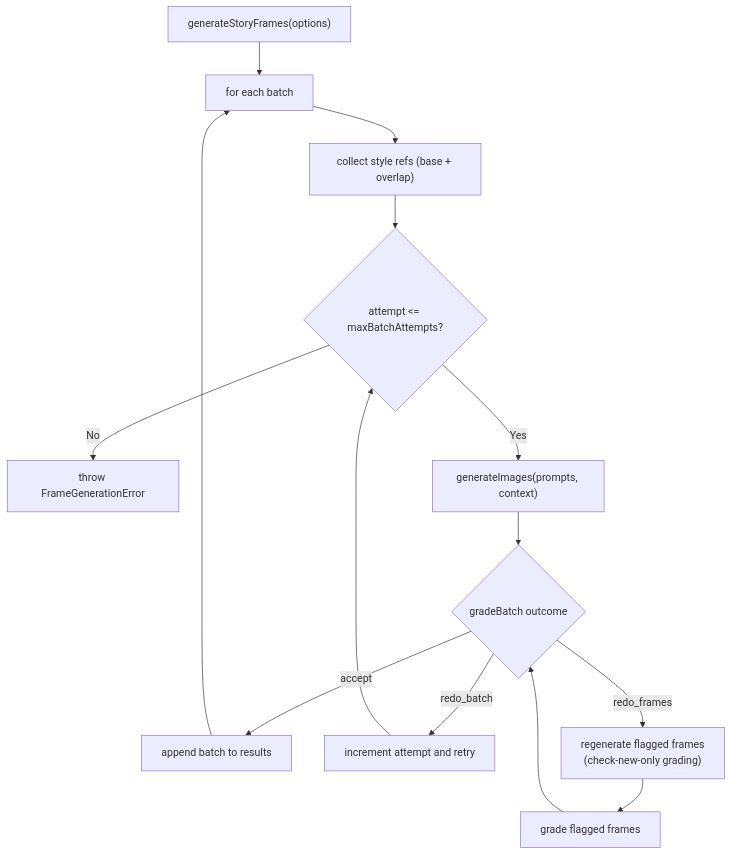
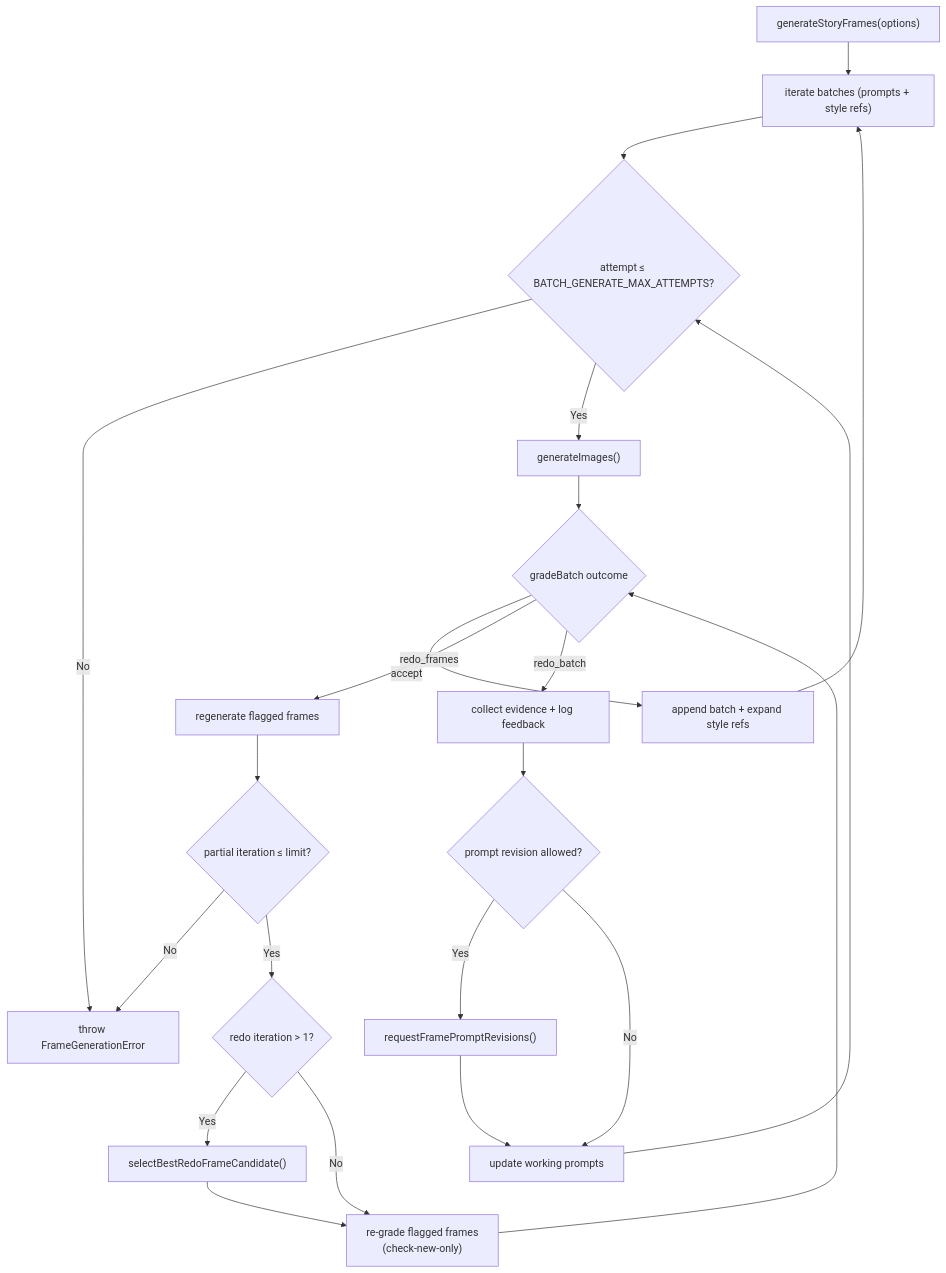
One commit to ljoukov/spark changed the second of 2 diagrams in docs/STORY.md. Above: the diagram before and after it, drawn with Mermaid. The commit also changed other lines of this file, not shown here.

Commit message:
diagramns

````diff
--- a/docs/STORY.md
+++ b/docs/STORY.md
@@ -78,16 +88,24 @@
 ```mermaid
 flowchart TD
-  S["generateStoryFrames(options)"] --> B["for each batch"]
-  B --> C["collect style refs (base + overlap)"]
-  C --> A{"attempt <= maxBatchAttempts?"}
+  S["generateStoryFrames(options)"] --> B["iterate batches (prompts + style refs)"]
+  B --> A{"attempt ≤ BATCH_GENERATE_MAX_ATTEMPTS?"}
   A -->|No| X["throw FrameGenerationError"]
-  A -->|Yes| G["generateImages(prompts, context)"]
+  A -->|Yes| G["generateImages()"]
   G --> V{"gradeBatch outcome"}
-  V -->|accept| U["append batch to results"]
+  V -->|accept| U["append batch + expand style refs"]
   U --> B
-  V -->|redo_batch| R["increment attempt and retry"]
-  R --> A
-  V -->|redo_frames| F["regenerate flagged frames\n(check-new-only grading)"]
-  F --> T["grade flagged frames"]
-  T --> V
+  V -->|redo_frames| RF["regenerate flagged frames"]
+  RF --> PI{"partial iteration ≤ limit?"}
+  PI -->|No| X
+  PI -->|Yes| CB{"redo iteration > 1?"}
+  CB -->|Yes| CC["selectBestRedoFrameCandidate()"]
+  CC --> RFG["re-grade flagged frames\n(check-new-only)"]
+  CB -->|No| RFG
+  RFG --> V
+  V -->|redo_batch| RB["collect evidence + log feedback"]
+  RB --> PR{"prompt revision allowed?"}
+  PR -->|Yes| RR["requestFramePromptRevisions()"]
+  RR --> UP["update working prompts"]
+  PR -->|No| UP
+  UP --> A
 ```
````
